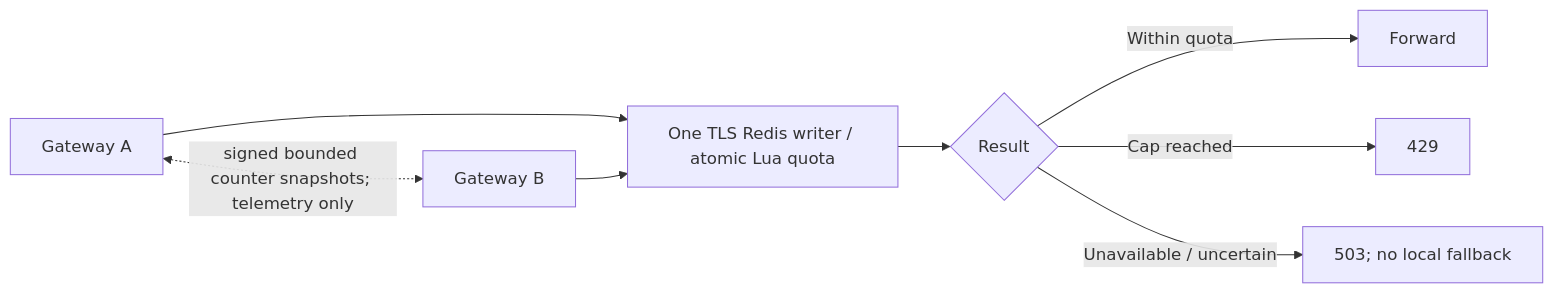
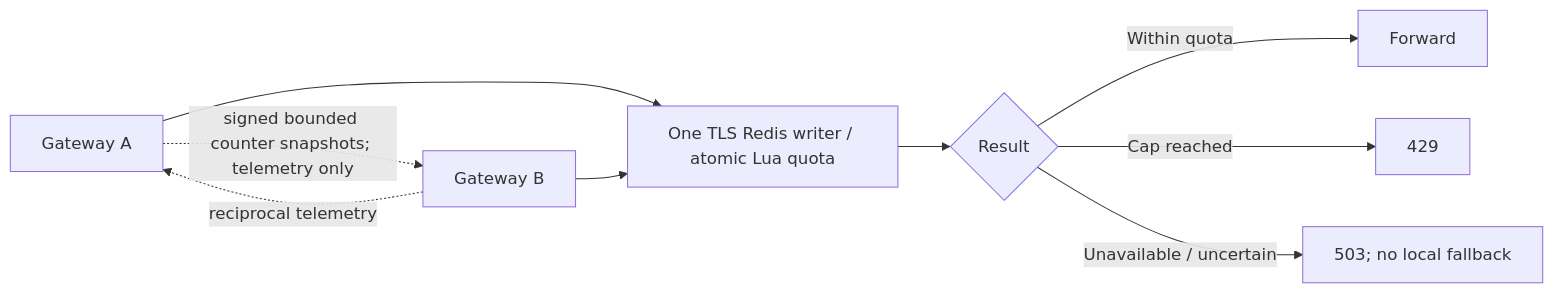
The seventh of 7 diagrams in docs/diagrams/02-traffic.md (VY-Groups/yarp-lb), drawn with Mermaid before and after one commit. The commit also changed 2 other files, not shown here.

Commit message:
Extend atlas with installation, onboarding and offline configuration planning diagrams

````diff
--- a/docs/diagrams/02-traffic.md
+++ b/docs/diagrams/02-traffic.md
@@ -126,10 +126,11 @@
 ```mermaid
 flowchart LR
 A["Gateway A"] --> L["One TLS Redis writer / atomic Lua quota"]
 B["Gateway B"] --> L
 L --> D{"Result"}
 D -->|Within quota| OK["Forward"]
 D -->|Cap reached| R["429"]
 D -->|Unavailable / uncertain| F["503; no local fallback"]
-A <-. "signed bounded counter snapshots; telemetry only" .-> B
+A -. "signed bounded counter snapshots; telemetry only" .-> B
+B -. "reciprocal telemetry" .-> A
 ```
````
